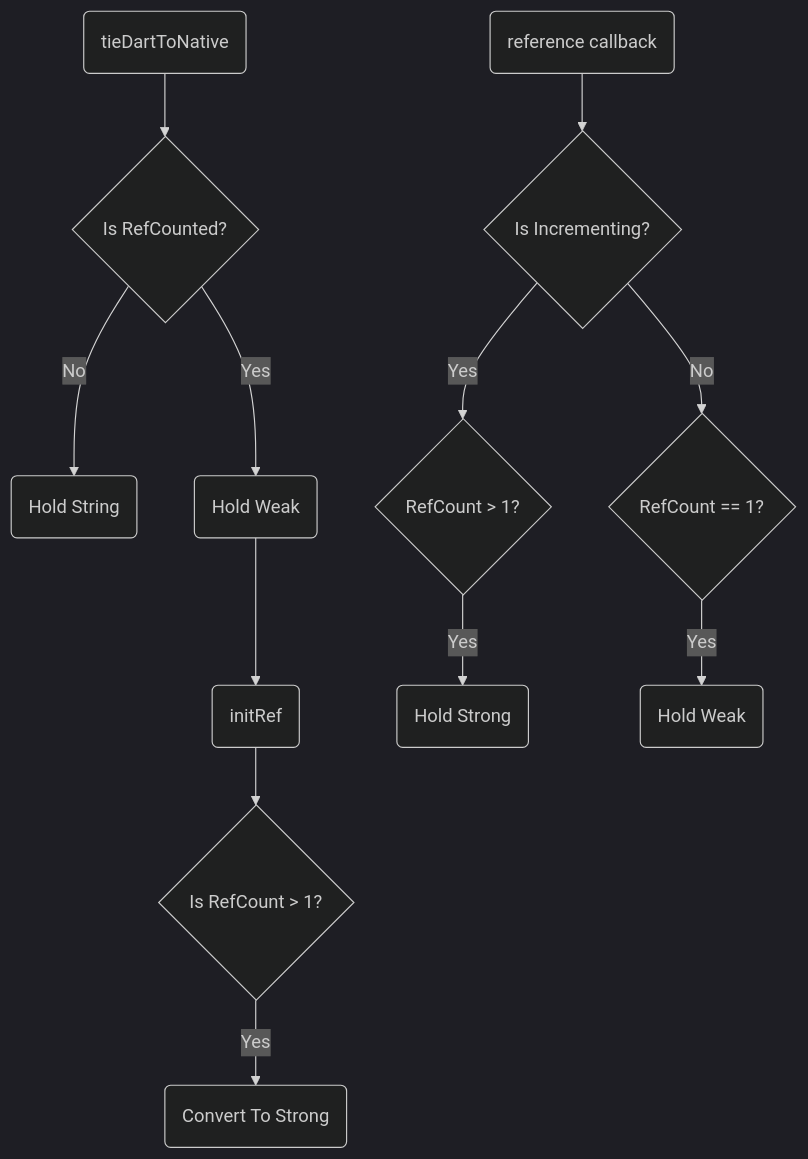
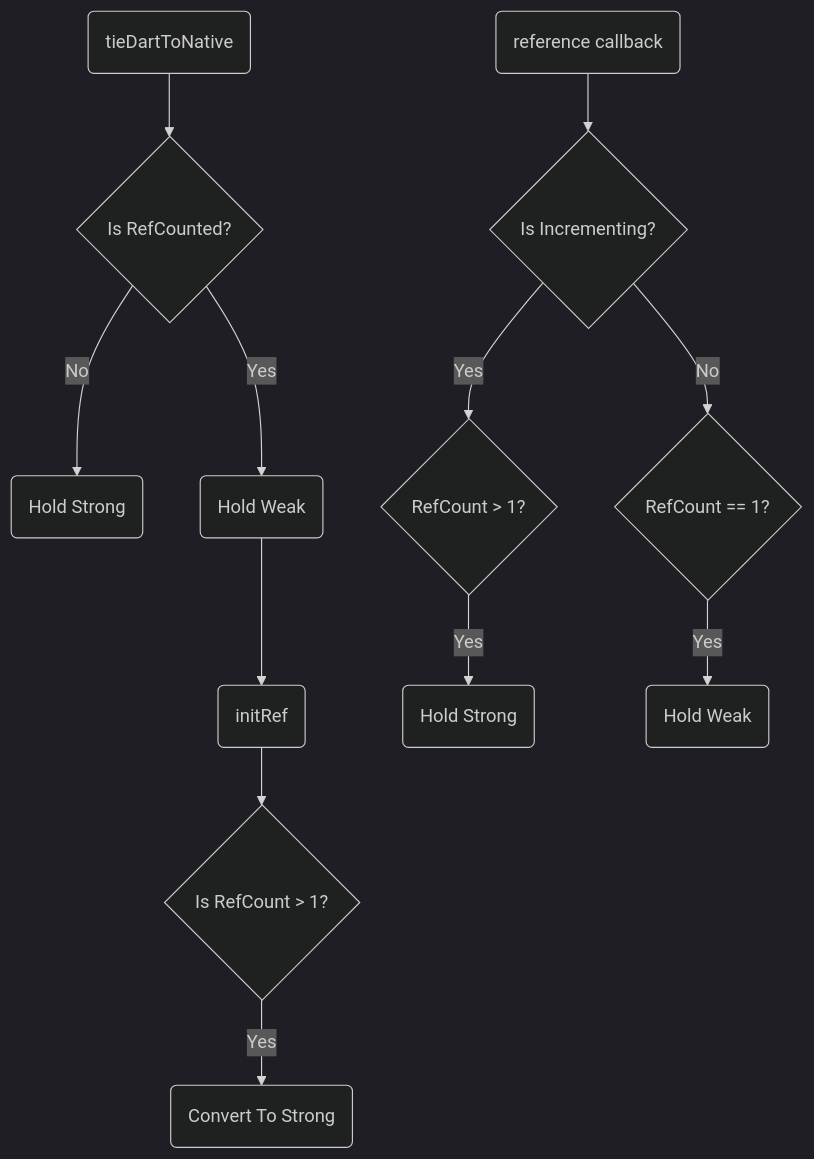
Before and after one commit to fuzzybinary/godot_dart: the diagram in docs/memory.md, drawn with Mermaid (dark theme).

Commit message:
chore: Fix minor spelling mistake

````diff
--- a/docs/memory.md
+++ b/docs/memory.md
@@ -11,12 +11,12 @@
 ```mermaid
 flowchart TD
     X(tieDartToNative) --> A{Is RefCounted?}
-    A -->|No| B(Hold String)
+    A -->|No| B(Hold Strong)
     A -->|Yes| C(Hold Weak) --> D(initRef) --> E{Is RefCount > 1?}
     E -->|Yes| F(Convert To Strong)
     Y(reference callback) --> R{Is Incrementing?}
     R -->|Yes| S{RefCount > 1?}
     S -->|Yes| T(Hold Strong)
     R -->|No| U{RefCount == 1?}
     U -->|Yes| V(Hold Weak)
 ```
````
